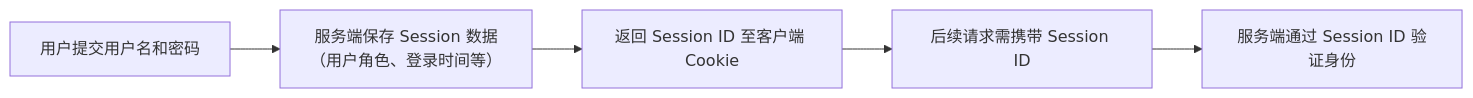
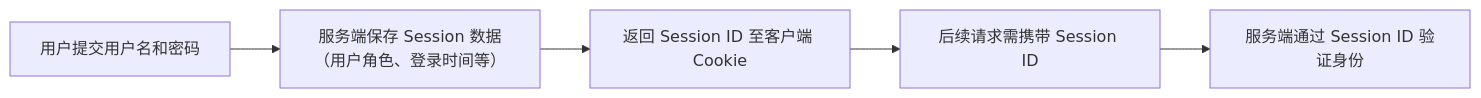
Before and after one commit to huxins/note: the first of 2 diagrams in 000 - 基础架构/API/JWT.md, drawn with Mermaid.

````diff
--- a/000 - 基础架构/API/JWT.md
+++ b/000 - 基础架构/API/JWT.md
@@ -11,7 +11,7 @@
   ```mermaid
   graph LR
-  A[用户提交用户名和密码] --> B[服务端保存 Session 数据\n（用户角色、登录时间等）]
+  A[用户提交用户名和密码] --> B[服务端保存 Session 数据（用户角色、登录时间等）]
   B --> C[返回 Session ID 至客户端 Cookie]
   C --> D[后续请求需携带 Session ID]
   D --> E[服务端通过 Session ID 验证身份]
   ```
````
